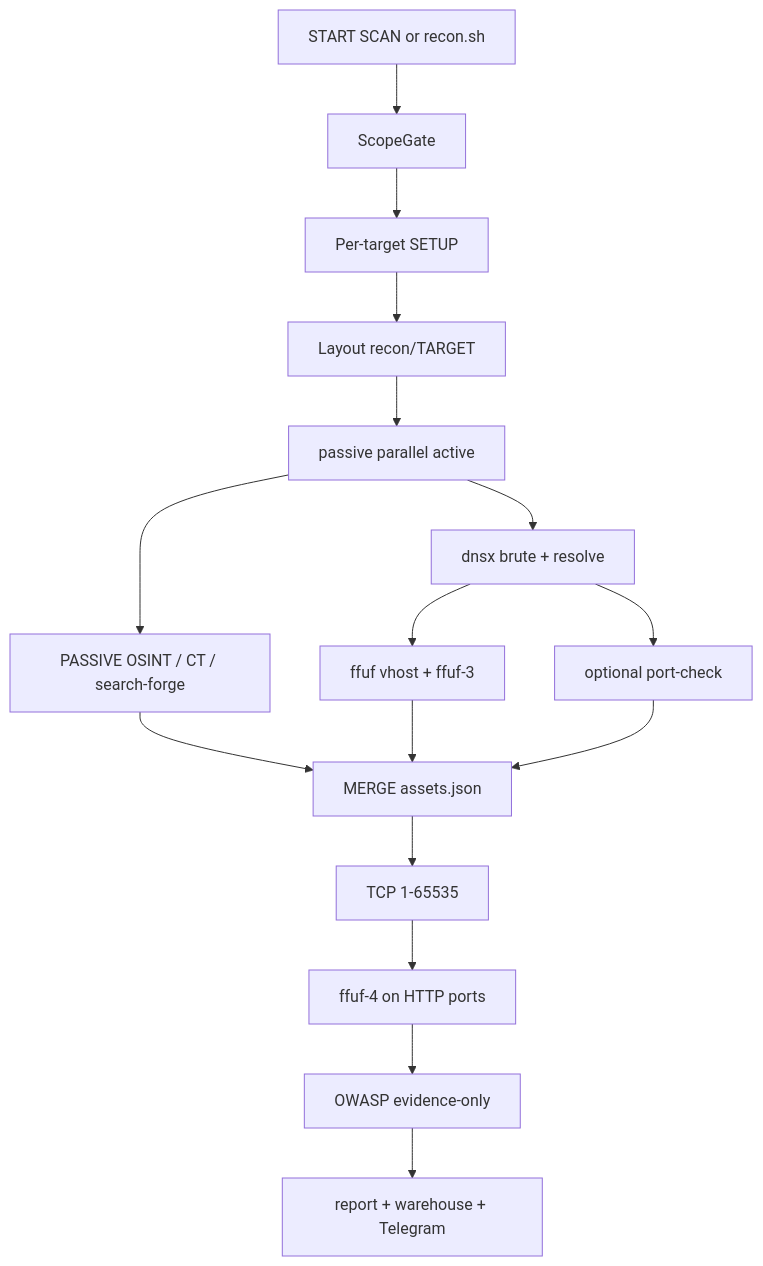
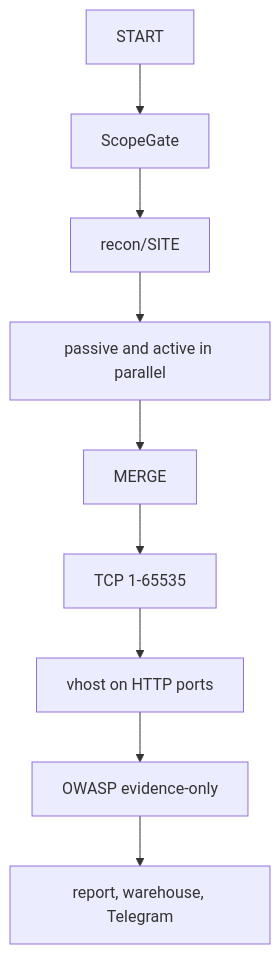
One commit to Erfanmghs/moirax-asm changed the diagram in README.md. Above: the diagram before and after it, drawn with Mermaid. The commit also changed other lines of this file and 41 other files, not shown here.

````diff
--- a/README.md
+++ b/README.md
@@ -185,18 +112,11 @@
 ```mermaid
 flowchart TD
-  S[START SCAN or recon.sh] --> G[ScopeGate]
-  G --> P[Per-target SETUP]
-  P --> L[Layout recon/TARGET]
-  L --> PAR[passive parallel active]
-  PAR --> PAS[PASSIVE OSINT / CT / search-forge]
-  PAR --> ACT[dnsx brute + resolve]
-  ACT --> F[ffuf vhost + ffuf-3]
-  ACT --> PC[optional port-check]
-  PAS --> M[MERGE assets.json]
-  F --> M
-  PC --> M
-  M --> SW[TCP 1-65535]
-  SW --> F4[ffuf-4 on HTTP ports]
-  F4 --> OW[OWASP evidence-only]
-  OW --> R[report + warehouse + Telegram]
+  start[START] --> scope[ScopeGate]
+  scope --> layout["recon/SITE"]
+  layout --> par[passive and active in parallel]
+  par --> merge[MERGE]
+  merge --> sweep[TCP 1-65535]
+  sweep --> vhost[vhost on HTTP ports]
+  vhost --> owasp[OWASP evidence-only]
+  owasp --> out[report, warehouse, Telegram]
 ```
````
